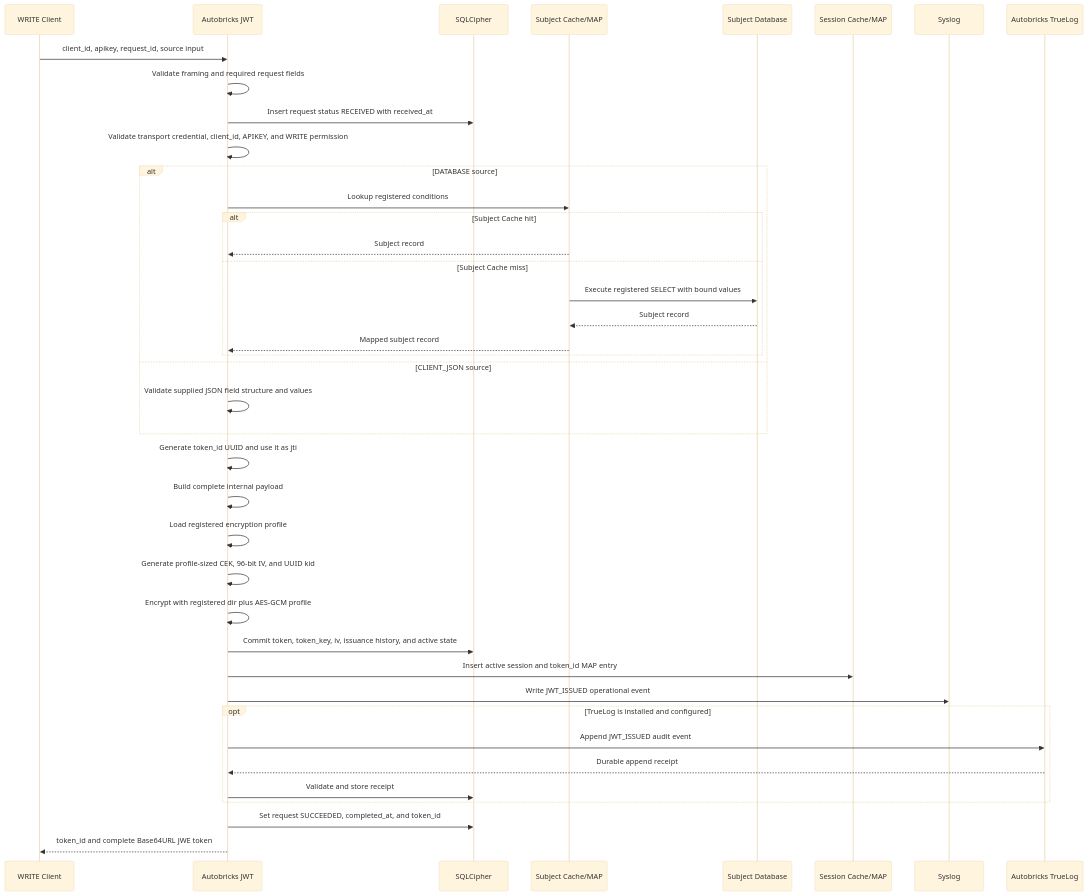
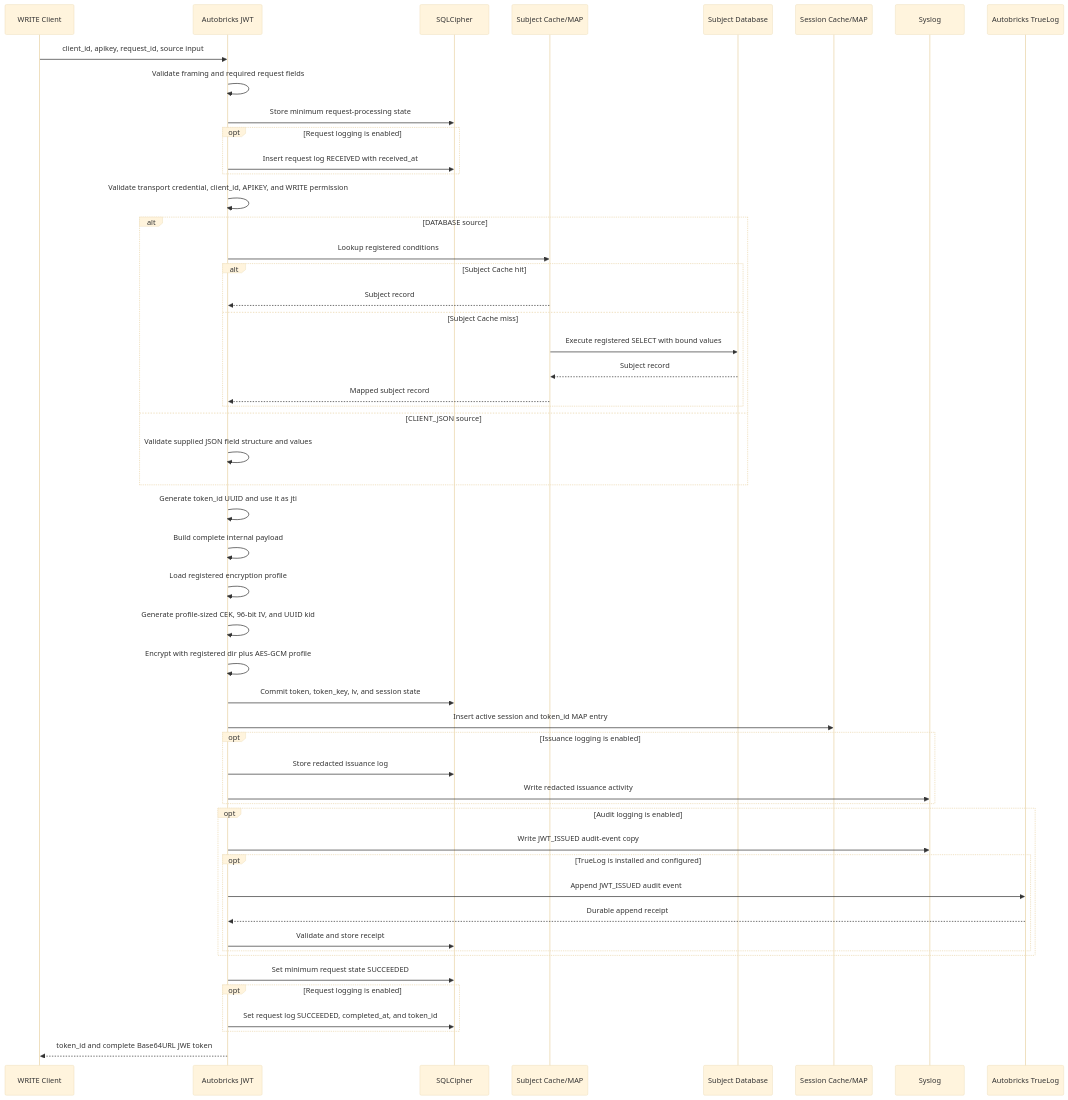
One commit to pregene/autobricks-jwt changed the second of 2 diagrams in docs/03-service-json-web-token-issuance.md. Above: the diagram before and after it, drawn with Mermaid (base theme). The commit also changed other lines of this file and 23 other files, not shown here.

````diff
--- a/docs/03-service-json-web-token-issuance.md
+++ b/docs/03-service-json-web-token-issuance.md
@@ -389,47 +399,59 @@
 ```mermaid
 sequenceDiagram
     participant C as WRITE Client
     participant J as Autobricks JWT
     participant S as SQLCipher
     participant M as Subject Cache/MAP
     participant D as Subject Database
     participant A as Session Cache/MAP
     participant O as Syslog
     participant T as Autobricks TrueLog
 
     C->>J: client_id, apikey, request_id, source input
     J->>J: Validate framing and required request fields
-    J->>S: Insert request status RECEIVED with received_at
+    J->>S: Store minimum request-processing state
+    opt Request logging is enabled
+        J->>S: Insert request log RECEIVED with received_at
+    end
     J->>J: Validate transport credential, client_id, APIKEY, and WRITE permission
 
     alt DATABASE source
         J->>M: Lookup registered conditions
         alt Subject Cache hit
             M-->>J: Subject record
         else Subject Cache miss
             M->>D: Execute registered SELECT with bound values
             D-->>M: Subject record
             M-->>J: Mapped subject record
         end
     else CLIENT_JSON source
         J->>J: Validate supplied JSON field structure and values
     end
 
     J->>J: Generate token_id UUID and use it as jti
     J->>J: Build complete internal payload
     J->>J: Load registered encryption profile
     J->>J: Generate profile-sized CEK, 96-bit IV, and UUID kid
     J->>J: Encrypt with registered dir plus AES-GCM profile
-    J->>S: Commit token, token_key, iv, issuance history, and active state
+    J->>S: Commit token, token_key, iv, and session state
     J->>A: Insert active session and token_id MAP entry
-    J->>O: Write JWT_ISSUED operational event
-
-    opt TrueLog is installed and configured
-        J->>T: Append JWT_ISSUED audit event
-        T-->>J: Durable append receipt
-        J->>S: Validate and store receipt
+    opt Issuance logging is enabled
+        J->>S: Store redacted issuance log
+        J->>O: Write redacted issuance activity
     end
 
-    J->>S: Set request SUCCEEDED, completed_at, and token_id
+    opt Audit logging is enabled
+        J->>O: Write JWT_ISSUED audit-event copy
+        opt TrueLog is installed and configured
+            J->>T: Append JWT_ISSUED audit event
+            T-->>J: Durable append receipt
+            J->>S: Validate and store receipt
+        end
+    end
+
+    J->>S: Set minimum request state SUCCEEDED
+    opt Request logging is enabled
+        J->>S: Set request log SUCCEEDED, completed_at, and token_id
+    end
     J-->>C: token_id and complete Base64URL JWE token
 ```
````
